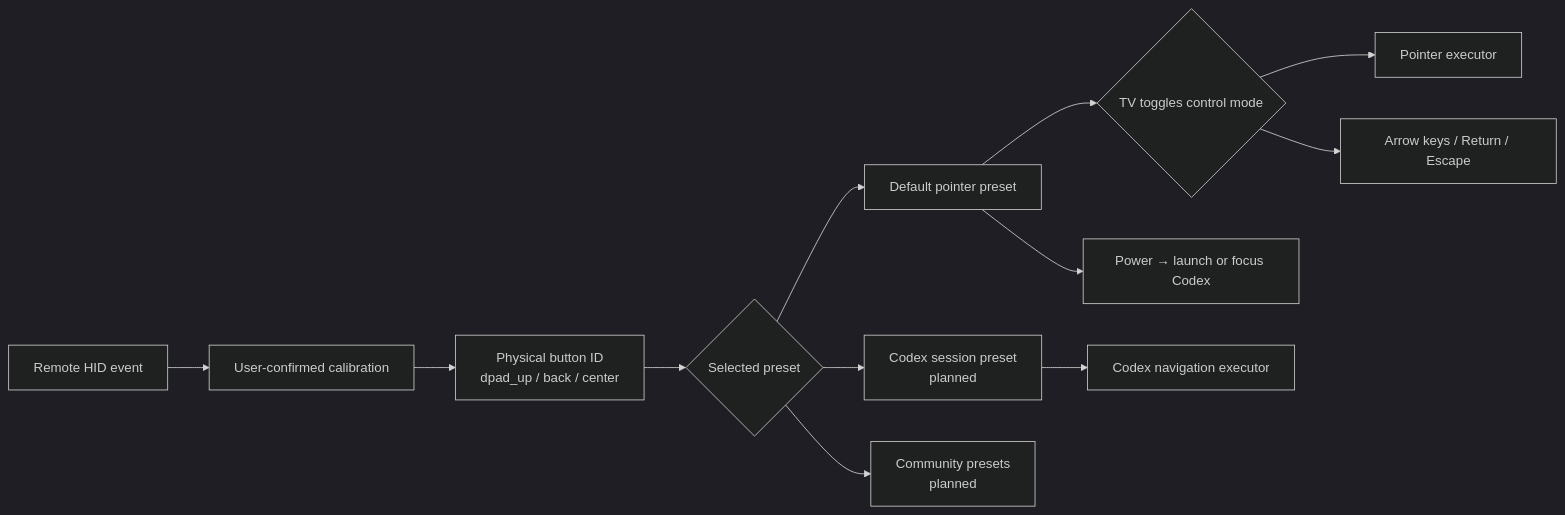
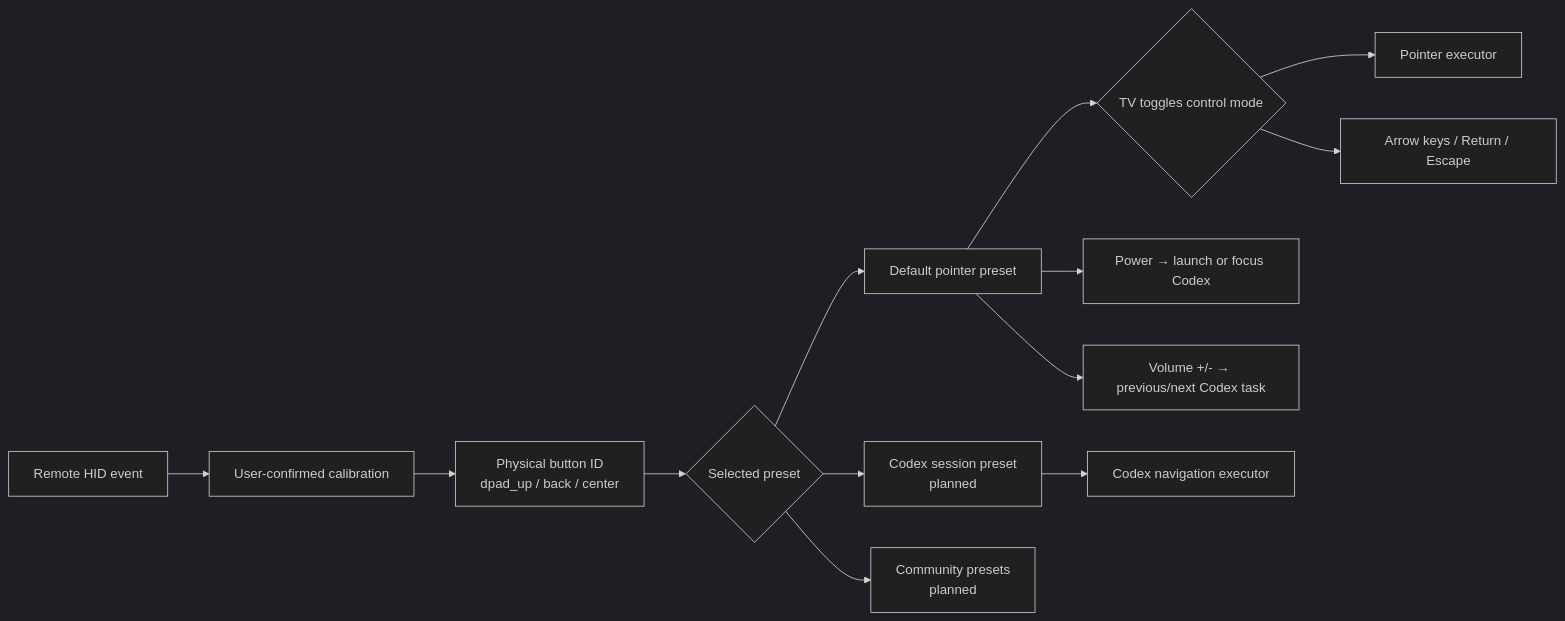
Before and after one commit to fanxeon/mi-ao: the diagram in docs/BUTTON_PRESETS_EN.md, drawn with Mermaid (dark theme). The commit also changed other lines of this file and 22 other files, not shown here.

Commit message:
feat: navigate Codex tasks with volume buttons

````diff
--- a/docs/BUTTON_PRESETS_EN.md
+++ b/docs/BUTTON_PRESETS_EN.md
@@ -13,14 +13,15 @@
 ```mermaid
 flowchart LR
     A["Remote HID event"] --> B["User-confirmed calibration"]
     B --> C["Physical button ID<br/>dpad_up / back / center"]
     C --> D{"Selected preset"}
     D --> E["Default pointer preset"]
     D --> F["Codex session preset<br/>planned"]
     D --> G["Community presets<br/>planned"]
     E --> H{"TV toggles control mode"}
     H --> J["Pointer executor"]
     H --> K["Arrow keys / Return / Escape"]
     E --> L["Power → launch or focus Codex"]
+    E --> M["Volume +/- → previous/next Codex task"]
     F --> I["Codex navigation executor"]
 ```
````
